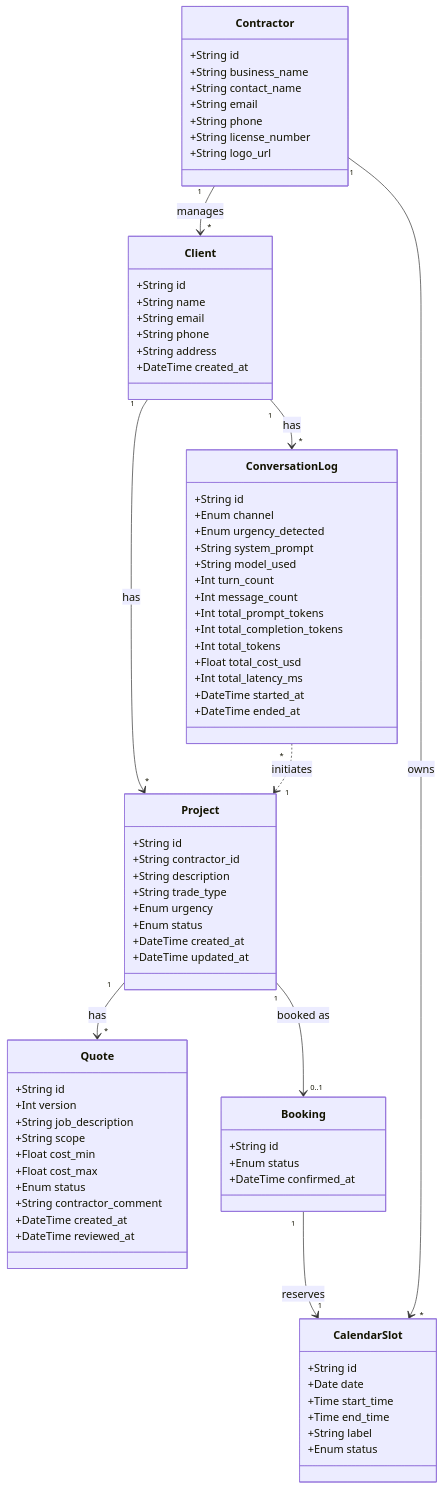
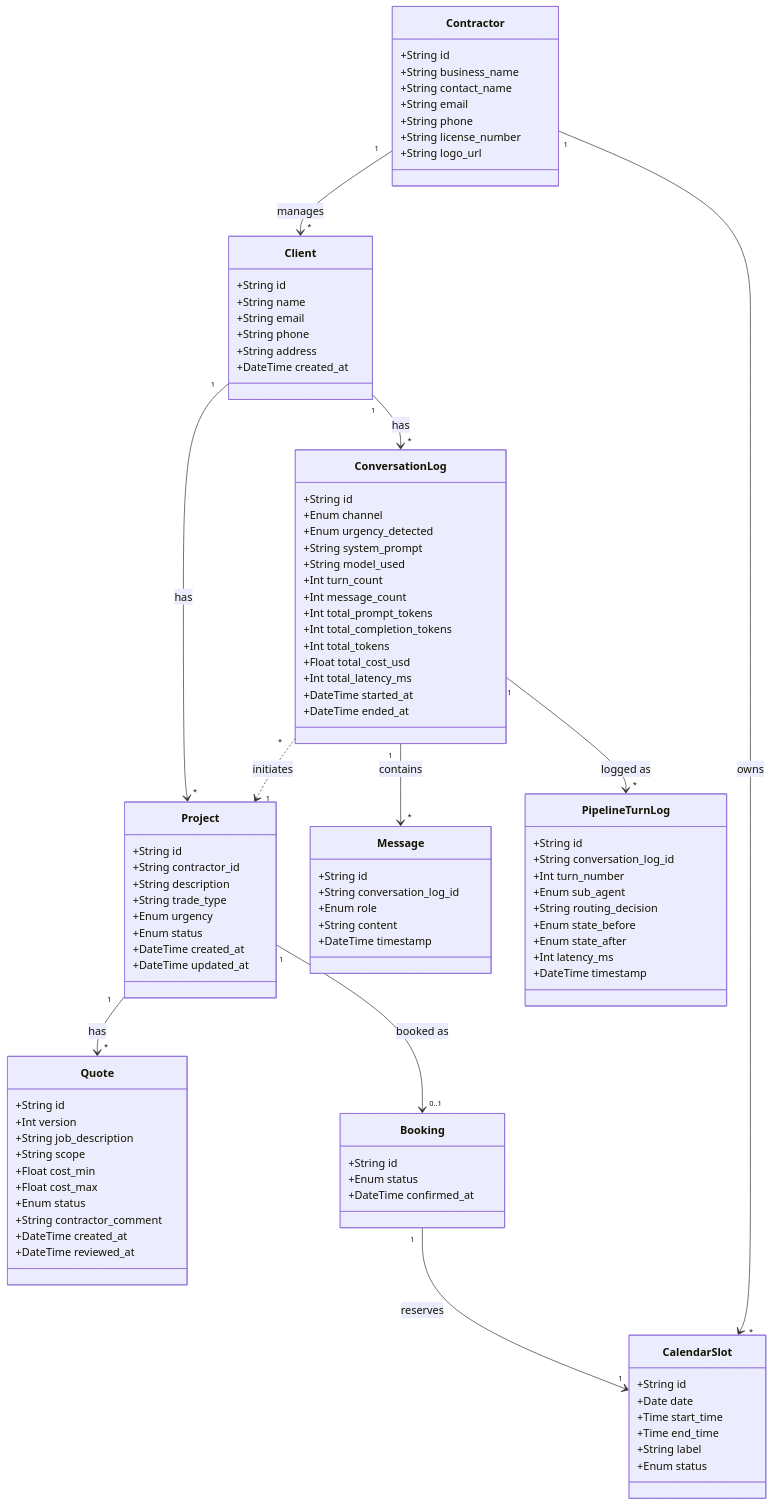
One commit to JRKagumba/tmls-pipeline changed the diagram in specifications/data_model.mermaid. Above: the diagram before and after it, drawn with Mermaid. The commit also changed 2 other files, not shown here.

Commit message:
D1 design: observability models, storage schema, and data model diagram
Delivers D1 (Domain, Data & Observability Models) design epic:

- specifications/data_models.md: MS Agent Framework native type reference
  (AgentSession, BaseAgent, Content factory methods, middleware hooks) mapped
  to each implementing epic (E1–E12); defines PipelineTurnLog as the one
  custom per-turn schema capturing sub_agent, routing_decision, state
  transitions, and latency not covered by the framework natively.

- specifications/storage_schema.yaml: YAML schema + example for
  PipelineTurnLog only — LLM calls, tool calls, and message content
  are handled by framework middleware (ChatContext, FunctionInvocationContext).

- specifications/data_model.mermaid: added Message and PipelineTurnLog
  classes linked to the existing ConversationLog entity.

Sub-agent names aligned to agent_design.mermaid (conversation / notification
/ quote / scheduling). LLM provider locked to OpenAI per confirmed architecture.

```diff
--- a/specifications/data_model.mermaid
+++ b/specifications/data_model.mermaid
@@ -1,85 +1,107 @@
 classDiagram
 direction TB
     class Contractor {
 	    +String id
 	    +String business_name
 	    +String contact_name
 	    +String email
 	    +String phone
 	    +String license_number
 	    +String logo_url
     }
 
     class Client {
 	    +String id
 	    +String name
 	    +String email
 	    +String phone
 	    +String address
 	    +DateTime created_at
     }
 
     class Project {
 	    +String id
 	    +String contractor_id
 	    +String description
 	    +String trade_type
 	    +Enum urgency
 	    +Enum status
 	    +DateTime created_at
 	    +DateTime updated_at
     }
 
     class Quote {
 	    +String id
 	    +Int version
 	    +String job_description
 	    +String scope
 	    +Float cost_min
 	    +Float cost_max
 	    +Enum status
 	    +String contractor_comment
 	    +DateTime created_at
 	    +DateTime reviewed_at
     }
 
     class Booking {
 	    +String id
 	    +Enum status
 	    +DateTime confirmed_at
     }
 
     class CalendarSlot {
 	    +String id
 	    +Date date
 	    +Time start_time
 	    +Time end_time
 	    +String label
 	    +Enum status
     }
 
     class ConversationLog {
 	    +String id
 	    +Enum channel
 	    +Enum urgency_detected
 	    +String system_prompt
 	    +String model_used
 	    +Int turn_count
 	    +Int message_count
 	    +Int total_prompt_tokens
 	    +Int total_completion_tokens
 	    +Int total_tokens
 	    +Float total_cost_usd
 	    +Int total_latency_ms
 	    +DateTime started_at
 	    +DateTime ended_at
     }
 
+    class Message {
+	    +String id
+	    +String conversation_log_id
+	    +Enum role
+	    +String content
+	    +DateTime timestamp
+    }
+
+    class PipelineTurnLog {
+	    +String id
+	    +String conversation_log_id
+	    +Int turn_number
+	    +Enum sub_agent
+	    +String routing_decision
+	    +Enum state_before
+	    +Enum state_after
+	    +Int latency_ms
+	    +DateTime timestamp
+    }
+
     Contractor "1" --> "*" Client : manages
     Contractor "1" --> "*" CalendarSlot : owns
     Client "1" --> "*" Project : has
     Client "1" --> "*" ConversationLog : has
     ConversationLog "*" ..> "1" Project : initiates
     Project "1" --> "*" Quote : has
     Project "1" --> "0..1" Booking : booked as
     Booking "1" --> "1" CalendarSlot : reserves
+    ConversationLog "1" --> "*" Message : contains
+    ConversationLog "1" --> "*" PipelineTurnLog : logged as
```
